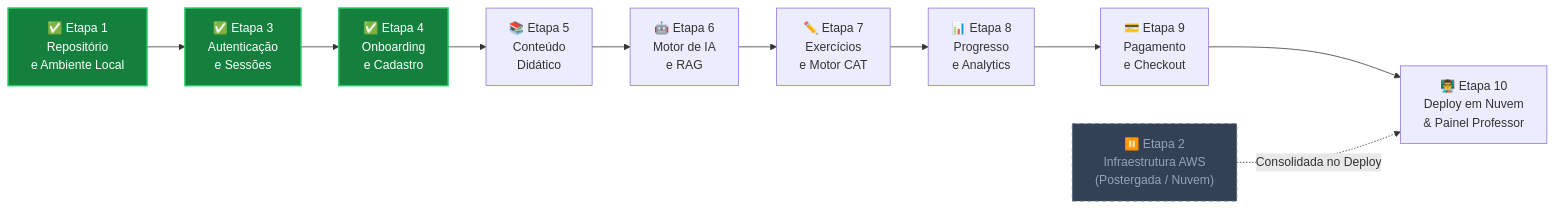
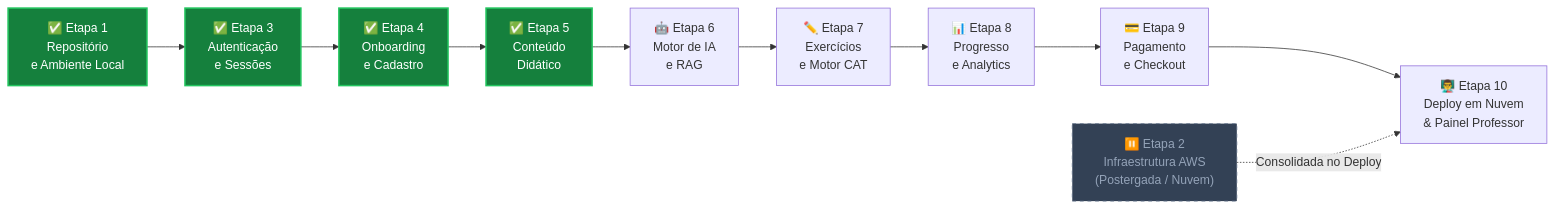
The first of 2 diagrams in docs-site/docs/implementation/index.md (SiadeLucas/Tutor-Inteligente), drawn with Mermaid before and after one commit. The commit also changed other lines of this file and 34 other files, not shown here.

Commit message:
feat: etapa 5 - conteúdo

````diff
--- a/docs-site/docs/implementation/index.md
+++ b/docs-site/docs/implementation/index.md
@@ -54,21 +54,22 @@
 ```mermaid
 graph LR
     E1["✅ Etapa 1\nRepositório\ne Ambiente Local"]
     E2["⏸️ Etapa 2\nInfraestrutura AWS\n(Postergada / Nuvem)"]
     E3["✅ Etapa 3\nAutenticação\ne Sessões"]
     E4["✅ Etapa 4\nOnboarding\ne Cadastro"]
-    E5["📚 Etapa 5\nConteúdo\nDidático"]
+    E5["✅ Etapa 5\nConteúdo\nDidático"]
     E6["🤖 Etapa 6\nMotor de IA\ne RAG"]
     E7["✏️ Etapa 7\nExercícios\ne Motor CAT"]
     E8["📊 Etapa 8\nProgresso\ne Analytics"]
     E9["💳 Etapa 9\nPagamento\ne Checkout"]
     E10["👨‍🏫 Etapa 10\nDeploy em Nuvem\n& Painel Professor"]
 
     E1 --> E3 --> E4 --> E5 --> E6 --> E7 --> E8 --> E9 --> E10
     E2 -.->|Consolidada no Deploy| E10
 
     style E1 fill:#15803d,stroke:#22c55e,stroke-width:2px,color:#fff
     style E2 fill:#334155,stroke:#64748b,stroke-dasharray: 5 5,color:#94a3b8
     style E3 fill:#15803d,stroke:#22c55e,stroke-width:2px,color:#fff
     style E4 fill:#15803d,stroke:#22c55e,stroke-width:2px,color:#fff
+    style E5 fill:#15803d,stroke:#22c55e,stroke-width:2px,color:#fff
 ```
````
